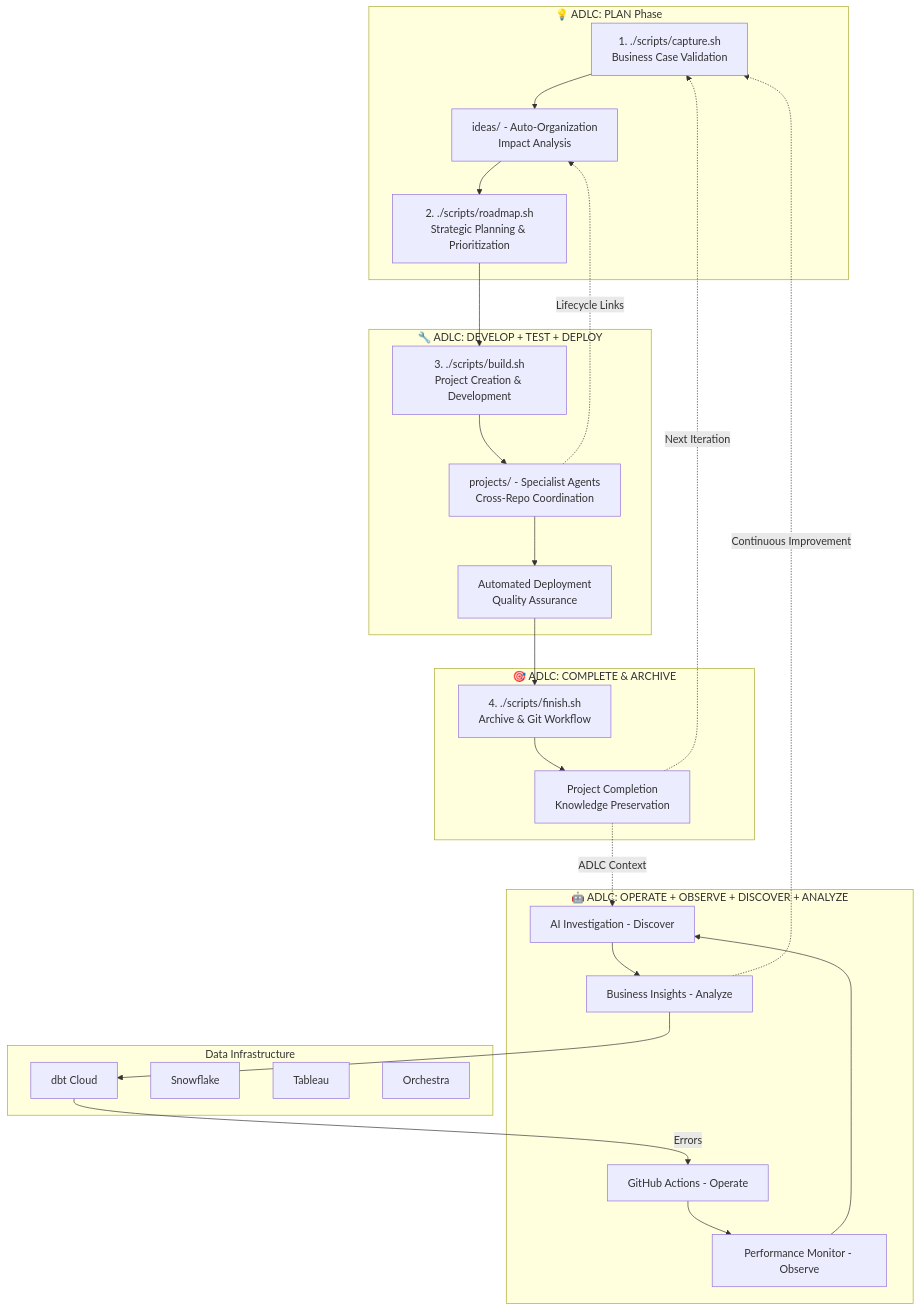
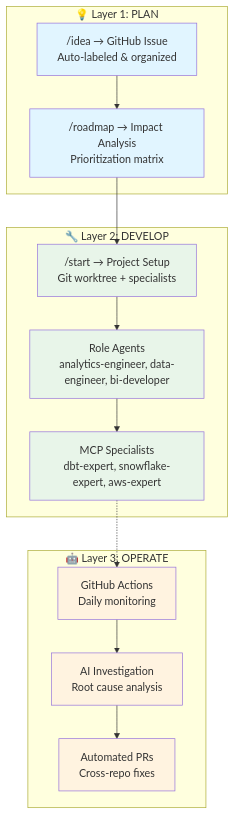
One commit to dylpickledev/claude-adlc-framework changed the second of 2 diagrams in README.md. Above: the diagram before and after it, drawn with Mermaid. The commit also changed other lines of this file, not shown here.

Commit message:
feat: Simplify README with clear navigation and focused diagrams
## Improvements
- Added Quick Navigation section for different audience types
  - Recruiters/Managers → Value demonstration
  - Data Engineers → Technical implementation
  - AI Enthusiasts → MCP architecture and prompts
  - Fork users → Setup and security

- Replaced complex single diagram with two focused visuals:
  1. High-Level: Simple 4-command workflow (idea → roadmap → start → complete)
  2. Detailed: Three-layer architecture showing PLAN → DEVELOP → OPERATE

## Why This Works Better
- Visitors can quickly find what interests them
- Diagrams match mental model: simple overview → detailed breakdown
- Clear pathways based on role/interest
- Reduces overwhelm, increases engagement

🤖 Generated with [Claude Code](https://claude.com/claude-code)

````diff
--- a/README.md
+++ b/README.md
@@ -151,57 +187,36 @@
 ```mermaid
 graph TB
-    subgraph "💡 ADLC: PLAN Phase"
-        CAPTURE["1. ./scripts/capture.sh<br/>Business Case Validation"]
-        ROADMAP["2. ./scripts/roadmap.sh<br/>Strategic Planning & Prioritization"]
-        IDEAS[ideas/ - Auto-Organization<br/>Impact Analysis]
+    subgraph "💡 Layer 1: PLAN"
+        IDEA["/idea → GitHub Issue<br/>Auto-labeled & organized"]
+        ROADMAP["/roadmap → Impact Analysis<br/>Prioritization matrix"]
     end
 
-    subgraph "🔧 ADLC: DEVELOP + TEST + DEPLOY"
-        BUILD["3. ./scripts/build.sh<br/>Project Creation & Development"]
-        PROJECTS[projects/ - Specialist Agents<br/>Cross-Repo Coordination]
-        DEPLOY[Automated Deployment<br/>Quality Assurance]
+    subgraph "🔧 Layer 2: DEVELOP"
+        START["/start → Project Setup<br/>Git worktree + specialists"]
+        AGENTS["Role Agents<br/>analytics-engineer, data-engineer, bi-developer"]
+        MCP["MCP Specialists<br/>dbt-expert, snowflake-expert, aws-expert"]
     end
 
-    subgraph "🎯 ADLC: COMPLETE & ARCHIVE"
-        FINISH["4. ./scripts/finish.sh<br/>Archive & Git Workflow"]
-        COMPLETE[Project Completion<br/>Knowledge Preservation]
+    subgraph "🤖 Layer 3: OPERATE"
+        MONITOR["GitHub Actions<br/>Daily monitoring"]
+        INVESTIGATE["AI Investigation<br/>Root cause analysis"]
+        FIX["Automated PRs<br/>Cross-repo fixes"]
     end
 
-    subgraph "🤖 ADLC: OPERATE + OBSERVE + DISCOVER + ANALYZE"
-        GHA[GitHub Actions - Operate]
-        MONITOR[Performance Monitor - Observe]
-        INVESTIGATE[AI Investigation - Discover]
-        INSIGHTS[Business Insights - Analyze]
-    end
+    IDEA --> ROADMAP
+    ROADMAP --> START
+    START --> AGENTS
+    AGENTS --> MCP
+    MCP -.-> MONITOR
+    MONITOR --> INVESTIGATE
+    INVESTIGATE --> FIX
 
-    subgraph "Data Infrastructure"
-        DBT[dbt Cloud]
-        SF[Snowflake]
-        TB[Tableau]
-        ORCH[Orchestra]
-    end
-
-    %% Simplified 4-Command Flow
-    CAPTURE --> IDEAS
-    IDEAS --> ROADMAP
-    ROADMAP --> BUILD
-    BUILD --> PROJECTS
-    PROJECTS --> DEPLOY
-    DEPLOY --> FINISH
-    FINISH --> COMPLETE
-
-    %% Automated Operations Loop
-    DBT -->|Errors| GHA
-    GHA --> MONITOR
-    MONITOR --> INVESTIGATE
-    INVESTIGATE --> INSIGHTS
-    INSIGHTS --> DBT
-
-    %% Context Preservation
-    COMPLETE -.->|"ADLC Context"| INVESTIGATE
-    PROJECTS -.->|"Lifecycle Links"| IDEAS
-    INSIGHTS -.->|"Continuous Improvement"| CAPTURE
-
-    %% Command Cycling
-    COMPLETE -.->|"Next Iteration"| CAPTURE
+    style IDEA fill:#e1f5ff
+    style ROADMAP fill:#e1f5ff
+    style START fill:#e8f5e9
+    style AGENTS fill:#e8f5e9
+    style MCP fill:#e8f5e9
+    style MONITOR fill:#fff3e0
+    style INVESTIGATE fill:#fff3e0
+    style FIX fill:#fff3e0
 ```
````
